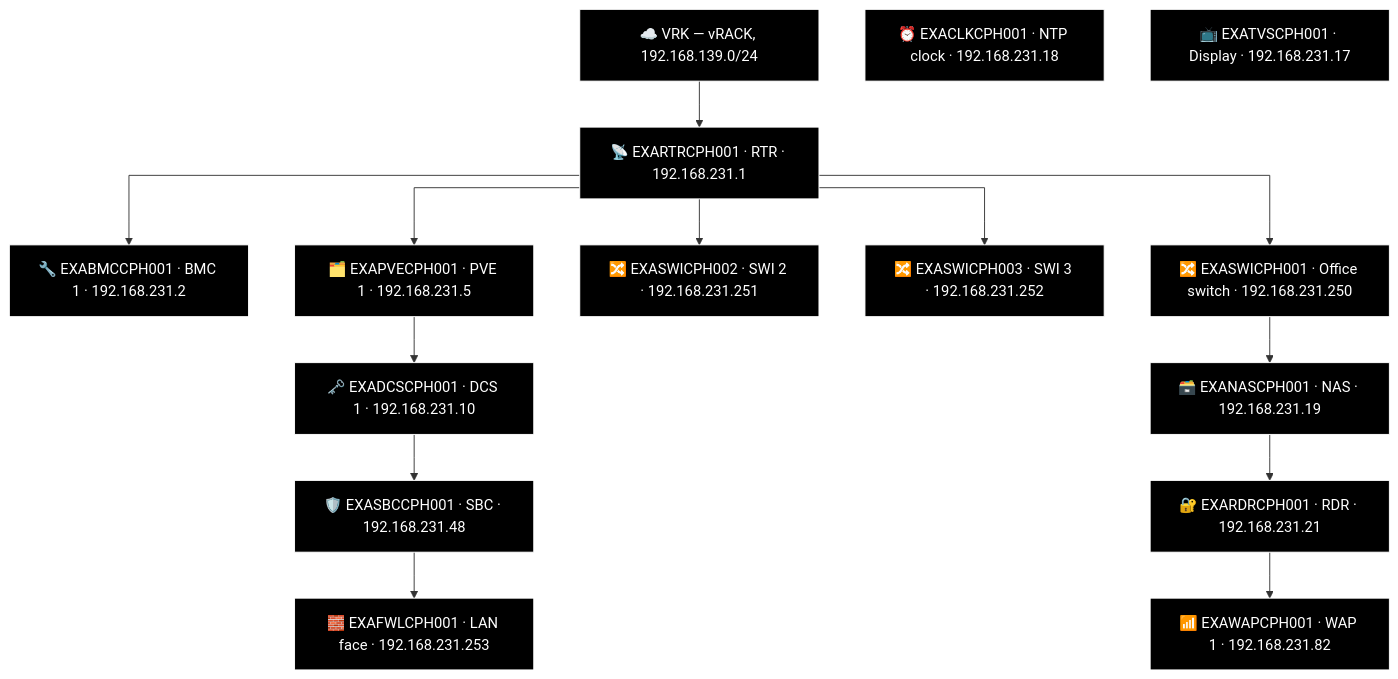
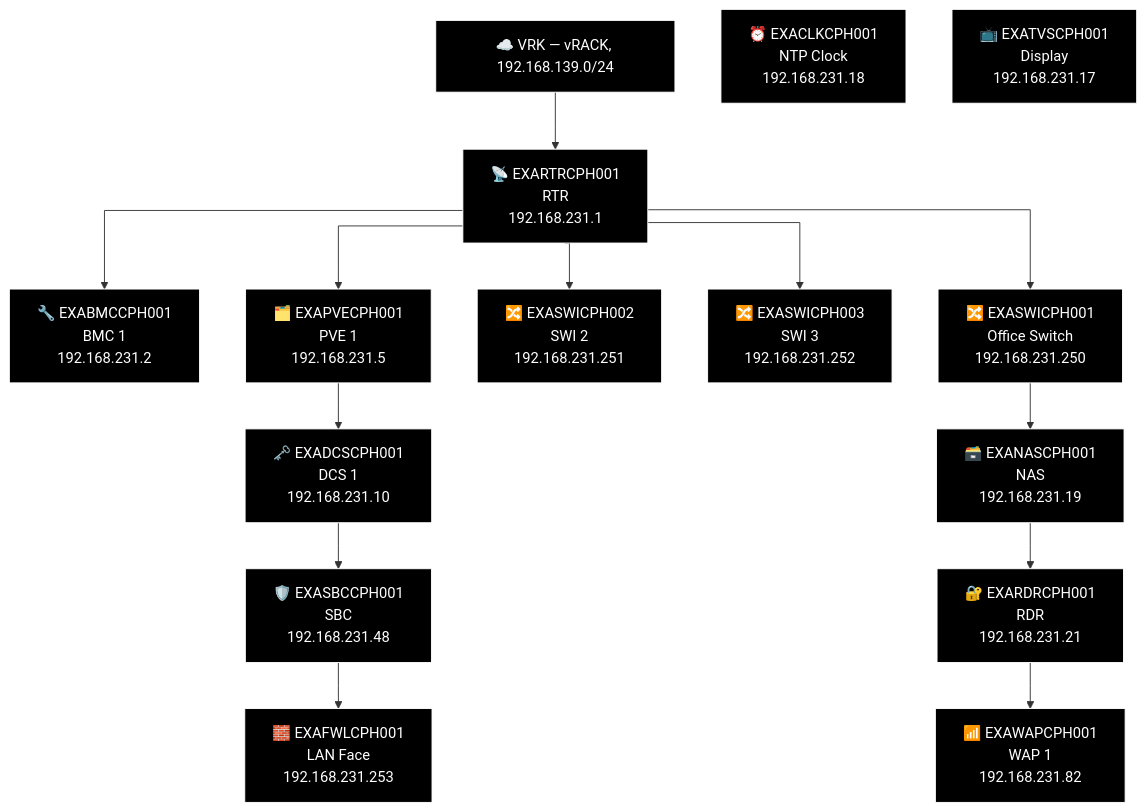
Before and after one commit to knightmare2600/example_music_infra: the second of 18 diagrams in docs/network-diagram/danmark.md, drawn with Mermaid. The commit also changed other lines of this file and 18 other files, not shown here.

````diff
--- a/docs/network-diagram/danmark.md
+++ b/docs/network-diagram/danmark.md
@@ -48,44 +48,44 @@
 ```mermaid
 %% GENERATED:TOPOLOGY:CPH:START
 %%{init: {'flowchart': {'curve': 'stepAfter'}}}%%
 graph TD
     T_VRK["☁️ VRK — vRACK, 192.168.139.0/24"]
-    T_RTR["📡 EXARTRCPH001 · RTR · 192.168.231.1"]
+    T_RTR["📡 EXARTRCPH001<br/>RTR<br/>192.168.231.1"]
     T_VRK --> T_RTR
-    T_BMC["🔧 EXABMCCPH001 · BMC 1 · 192.168.231.2"]
+    T_BMC["🔧 EXABMCCPH001<br/>BMC 1<br/>192.168.231.2"]
     T_RTR --> T_BMC
-    T_PVE["🗂️ EXAPVECPH001 · PVE 1 · 192.168.231.5"]
+    T_PVE["🗂️ EXAPVECPH001<br/>PVE 1<br/>192.168.231.5"]
     T_RTR --> T_PVE
-    T_SWI["🔀 EXASWICPH002 · SWI 2 · 192.168.231.251"]
+    T_SWI["🔀 EXASWICPH002<br/>SWI 2<br/>192.168.231.251"]
     T_RTR --> T_SWI
-    T_SWI2["🔀 EXASWICPH003 · SWI 3 · 192.168.231.252"]
+    T_SWI2["🔀 EXASWICPH003<br/>SWI 3<br/>192.168.231.252"]
     T_RTR --> T_SWI2
-    T_SWI3["🔀 EXASWICPH001 · Office switch · 192.168.231.250"]
+    T_SWI3["🔀 EXASWICPH001<br/>Office Switch<br/>192.168.231.250"]
     T_RTR --> T_SWI3
-    T_NAS["🗃️ EXANASCPH001 · NAS · 192.168.231.19"]
-    T_RDR["🔐 EXARDRCPH001 · RDR · 192.168.231.21"]
-    T_WAP["📶 EXAWAPCPH001 · WAP 1 · 192.168.231.82"]
+    T_NAS["🗃️ EXANASCPH001<br/>NAS<br/>192.168.231.19"]
+    T_RDR["🔐 EXARDRCPH001<br/>RDR<br/>192.168.231.21"]
+    T_WAP["📶 EXAWAPCPH001<br/>WAP 1<br/>192.168.231.82"]
     T_SWI3 --> T_NAS --> T_RDR --> T_WAP
-    T_DCS["🗝️ EXADCSCPH001 · DCS 1 · 192.168.231.10"]
-    T_SBC["🛡️ EXASBCCPH001 · SBC · 192.168.231.48"]
-    T_FWL["🧱 EXAFWLCPH001 · LAN face · 192.168.231.253"]
+    T_DCS["🗝️ EXADCSCPH001<br/>DCS 1<br/>192.168.231.10"]
+    T_SBC["🛡️ EXASBCCPH001<br/>SBC<br/>192.168.231.48"]
+    T_FWL["🧱 EXAFWLCPH001<br/>LAN Face<br/>192.168.231.253"]
     T_PVE --> T_DCS --> T_SBC --> T_FWL
-    T_CLK["⏰ EXACLKCPH001 · NTP clock · 192.168.231.18"]
-    T_TVS["📺 EXATVSCPH001 · Display · 192.168.231.17"]
+    T_CLK["⏰ EXACLKCPH001<br/>NTP Clock<br/>192.168.231.18"]
+    T_TVS["📺 EXATVSCPH001<br/>Display<br/>192.168.231.17"]
     style T_VRK fill:#000000,stroke:#FFFFFF,color:#FFFFFF
     style T_RTR fill:#000000,stroke:#FFFFFF,color:#FFFFFF
     style T_BMC fill:#000000,stroke:#FFFFFF,color:#FFFFFF
     style T_PVE fill:#000000,stroke:#FFFFFF,color:#FFFFFF
     style T_SWI fill:#000000,stroke:#FFFFFF,color:#FFFFFF
     style T_SWI2 fill:#000000,stroke:#FFFFFF,color:#FFFFFF
     style T_SWI3 fill:#000000,stroke:#FFFFFF,color:#FFFFFF
     style T_NAS fill:#000000,stroke:#FFFFFF,color:#FFFFFF
     style T_RDR fill:#000000,stroke:#FFFFFF,color:#FFFFFF
     style T_WAP fill:#000000,stroke:#FFFFFF,color:#FFFFFF
     style T_DCS fill:#000000,stroke:#FFFFFF,color:#FFFFFF
     style T_SBC fill:#000000,stroke:#FFFFFF,color:#FFFFFF
     style T_FWL fill:#000000,stroke:#FFFFFF,color:#FFFFFF
     style T_CLK fill:#000000,stroke:#FFFFFF,color:#FFFFFF
     style T_TVS fill:#000000,stroke:#FFFFFF,color:#FFFFFF
 %% GENERATED:TOPOLOGY:CPH:END
 ```
````
